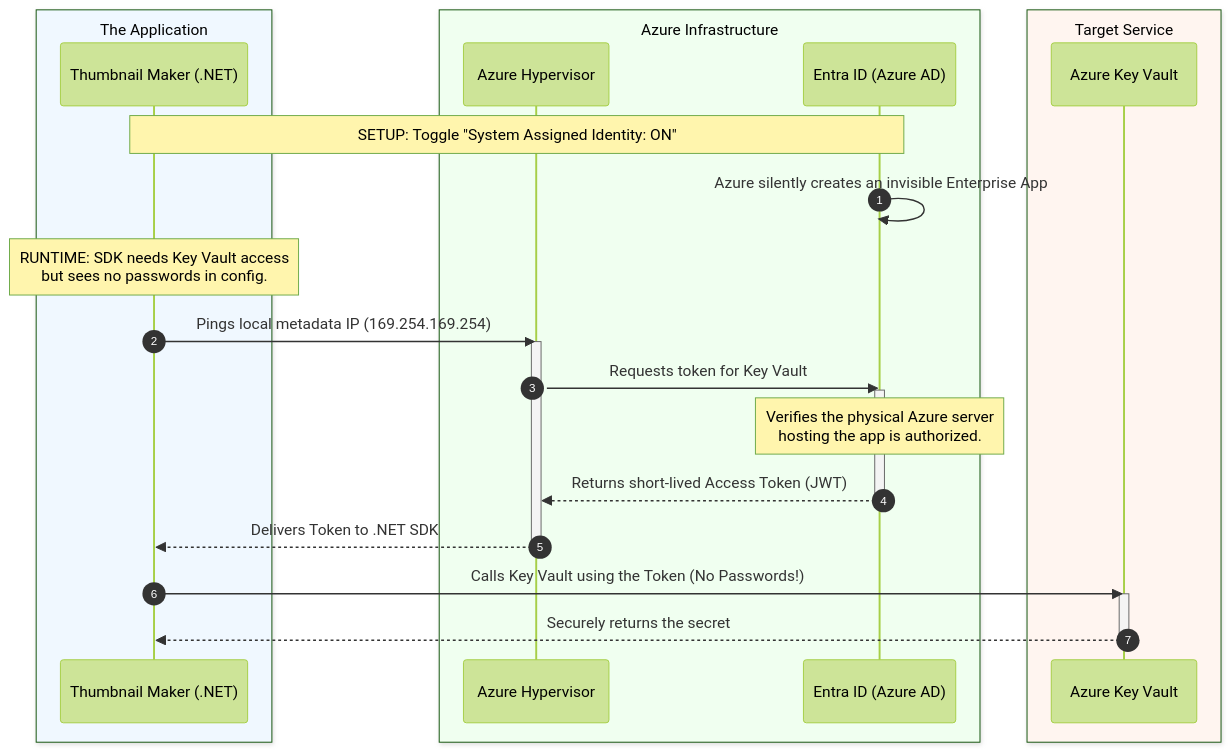
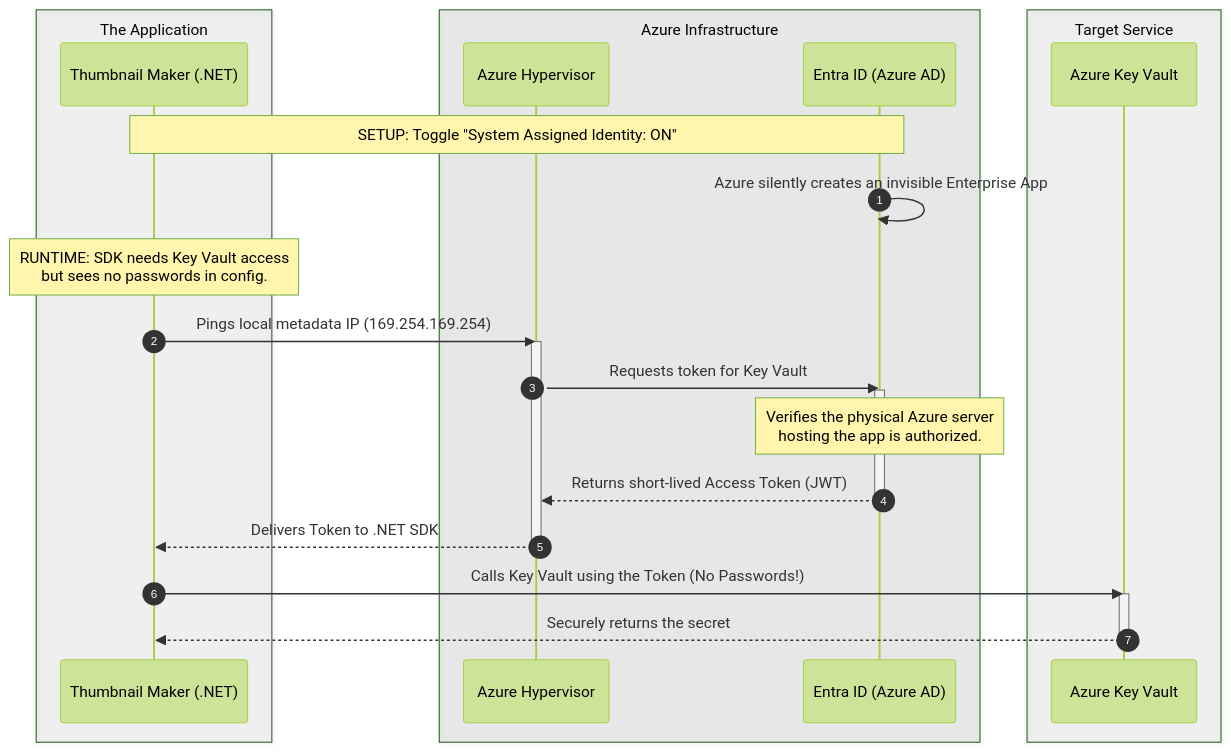
Before and after one commit to nirajp82/IdentityAccessManagement_IAM: the fourth of 4 diagrams in Quiz/05_machine_to_machine_m2m_and_workload_identity.md, drawn with Mermaid (forest theme).

````diff
--- a/Quiz/05_machine_to_machine_m2m_and_workload_identity.md
+++ b/Quiz/05_machine_to_machine_m2m_and_workload_identity.md
@@ -439,39 +439,39 @@
 ```mermaid
 sequenceDiagram
     autonumber
     
-    box rgb(240, 248, 255) The Application
+    box rgba(128, 128, 128, 0.1) The Application
         participant App as Thumbnail Maker (.NET)
     end
-    box rgb(240, 255, 240) Azure Infrastructure
+    box rgba(128, 128, 128, 0.15) Azure Infrastructure
         participant LocalHost as Azure Hypervisor
         participant Entra as Entra ID (Azure AD)
     end
-    box rgb(255, 245, 240) Target Service
+    box rgba(128, 128, 128, 0.1) Target Service
         participant Vault as Azure Key Vault
     end
 
     Note over App,Entra: SETUP: Toggle "System Assigned Identity: ON"
     Entra->>Entra: Azure silently creates an invisible Enterprise App
 
     Note over App: RUNTIME: SDK needs Key Vault access<br/>but sees no passwords in config.
     
     App->>LocalHost: Pings local metadata IP (169.254.169.254)
     activate LocalHost
     
     LocalHost->>Entra: Requests token for Key Vault
     activate Entra
     
     Note over Entra: Verifies the physical Azure server<br/>hosting the app is authorized.
     Entra-->>LocalHost: Returns short-lived Access Token (JWT)
     deactivate Entra
     
     LocalHost-->>App: Delivers Token to .NET SDK
     deactivate LocalHost
     
     App->>Vault: Calls Key Vault using the Token (No Passwords!)
     activate Vault
     Vault-->>App: Securely returns the secret
     deactivate Vault
 
 ```
````
